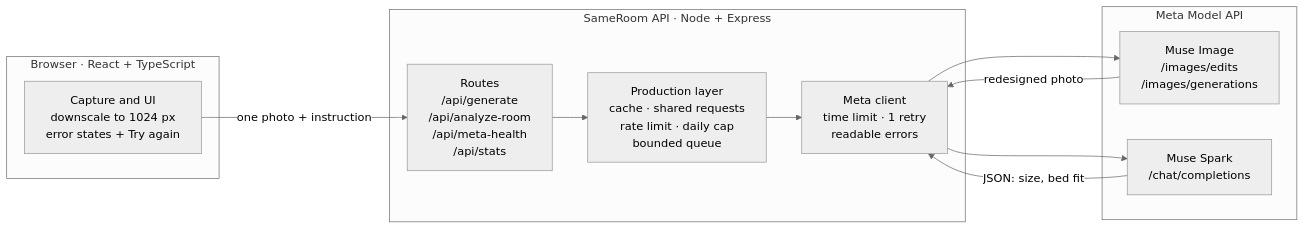
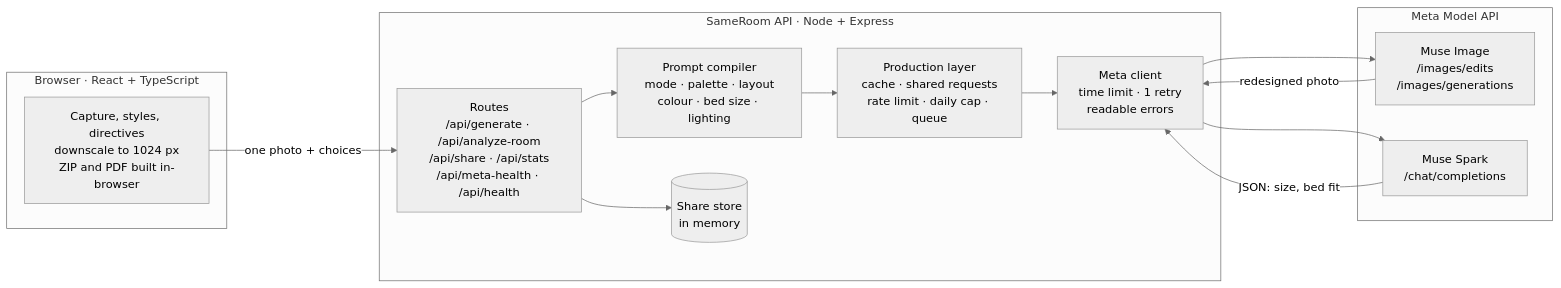
One commit to Prakhargupta1994/SameRoom changed the first of 3 diagrams in README.md. Above: the diagram before and after it, drawn with Mermaid (neutral theme). The commit also changed other lines of this file, not shown here.

````diff
--- a/README.md
+++ b/README.md
@@ -62,22 +125,26 @@
 ```mermaid
 flowchart LR
   subgraph B["Browser · React + TypeScript"]
-    UI["Capture and UI<br/>downscale to 1024 px<br/>error states + Try again"]
+    UI["Capture, styles, directives<br/>downscale to 1024 px<br/>ZIP and PDF built in-browser"]
   end
   subgraph S["SameRoom API · Node + Express"]
-    RT["Routes<br/>/api/generate<br/>/api/analyze-room<br/>/api/meta-health<br/>/api/stats"]
-    PL["Production layer<br/>cache · shared requests<br/>rate limit · daily cap<br/>bounded queue"]
+    RT["Routes<br/>/api/generate · /api/analyze-room<br/>/api/share · /api/stats<br/>/api/meta-health · /api/health"]
+    PC["Prompt compiler<br/>mode · palette · layout<br/>colour · bed size · lighting"]
+    PL["Production layer<br/>cache · shared requests<br/>rate limit · daily cap · queue"]
     MC["Meta client<br/>time limit · 1 retry<br/>readable errors"]
+    SH[("Share store<br/>in memory")]
   end
   subgraph M["Meta Model API"]
     MI["Muse Image<br/>/images/edits<br/>/images/generations"]
     MS["Muse Spark<br/>/chat/completions"]
   end
-  UI -- "one photo + instruction" --> RT
-  RT --> PL
+  UI -- "one photo + choices" --> RT
+  RT --> PC
+  PC --> PL
   PL --> MC
   MC --> MI
   MC --> MS
+  RT --> SH
   MI -- "redesigned photo" --> MC
   MS -- "JSON: size, bed fit" --> MC
 ```
````
